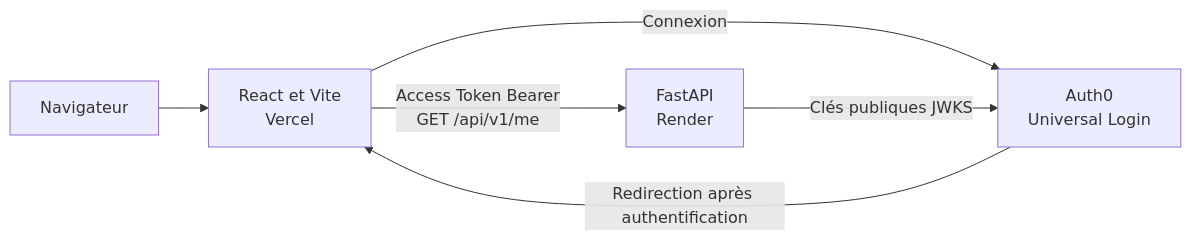
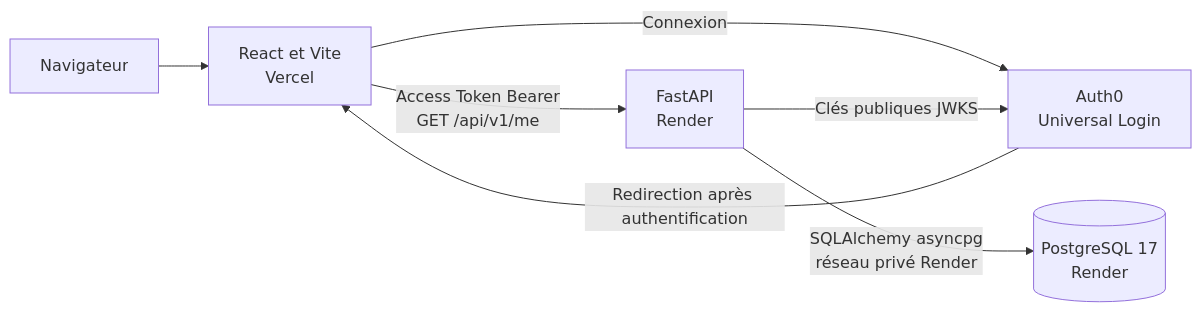
The diagram in DEPLOYMENT.md (NEZIRMahamat/ndjoka-tontine), drawn with Mermaid before and after one commit. The commit also changed other lines of this file and 13 other files, not shown here.

````diff
--- a/DEPLOYMENT.md
+++ b/DEPLOYMENT.md
@@ -12,13 +13,15 @@
 ```mermaid
 flowchart LR
     browser[Navigateur]
     frontend[React et Vite<br/>Vercel]
     auth[Auth0<br/>Universal Login]
     backend[FastAPI<br/>Render]
+    database[(PostgreSQL 17<br/>Render)]
 
     browser --> frontend
     frontend -->|Connexion| auth
     auth -->|Redirection après authentification| frontend
     frontend -->|Access Token Bearer<br/>GET /api/v1/me| backend
     backend -->|Clés publiques JWKS| auth
+    backend -->|SQLAlchemy asyncpg<br/>réseau privé Render| database
 ```
````
